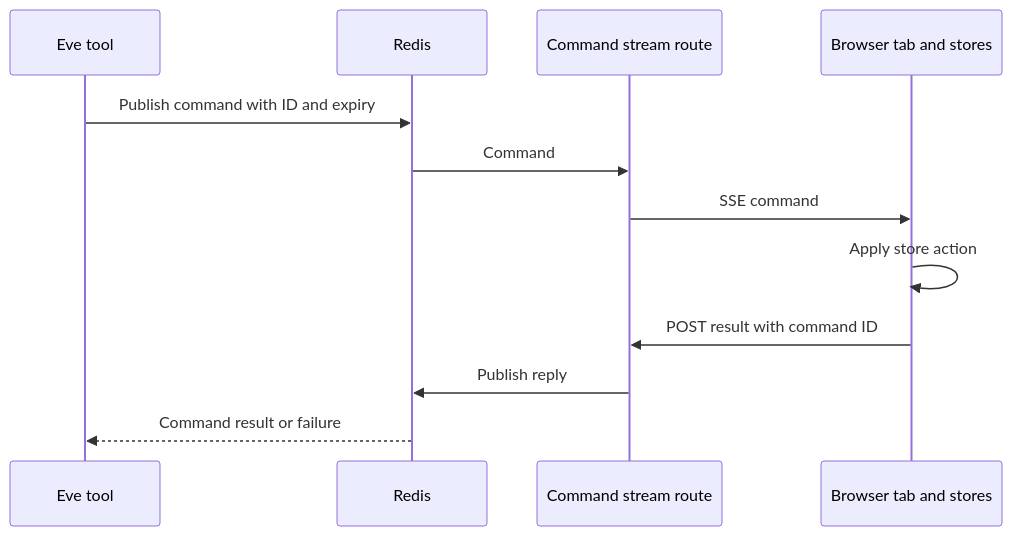
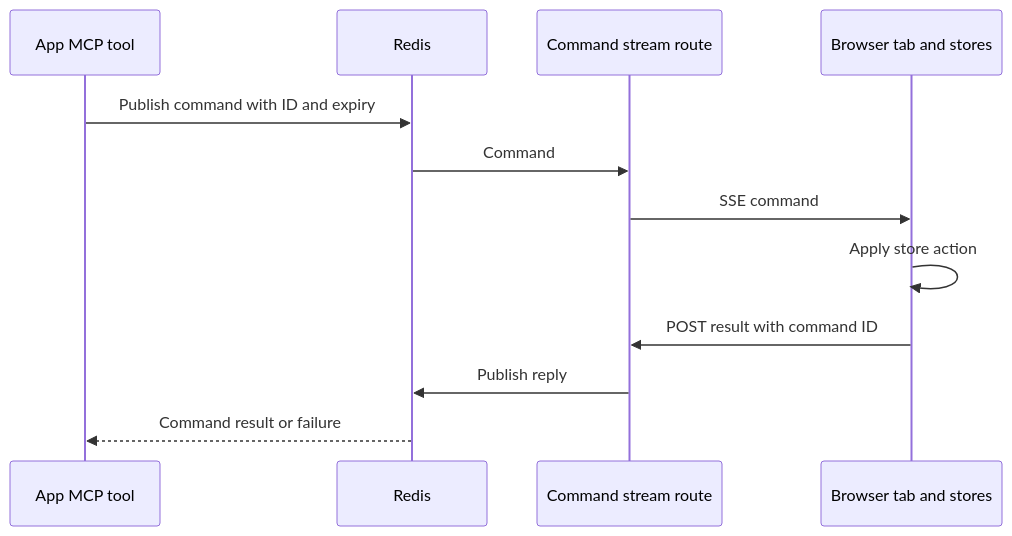
The second of 3 diagrams in apps/web/docs/02-guides/dataFlow.md (weng-lab/genomebrowser), drawn with Mermaid before and after one commit. The commit also changed other lines of this file and 38 other files, not shown here.

Commit message:
Expose browser commands through the app MCP endpoint

````diff
--- a/apps/web/docs/02-guides/dataFlow.md
+++ b/apps/web/docs/02-guides/dataFlow.md
@@ -56,14 +56,14 @@
 ```mermaid
 sequenceDiagram
-  participant Agent as Eve tool
+  participant Agent as App MCP tool
   participant Redis
   participant Route as Command stream route
   participant Tab as Browser tab and stores
   Agent->>Redis: Publish command with ID and expiry
   Redis->>Route: Command
   Route->>Tab: SSE command
   Tab->>Tab: Apply store action
   Tab->>Route: POST result with command ID
   Route->>Redis: Publish reply
   Redis-->>Agent: Command result or failure
 ```
````
